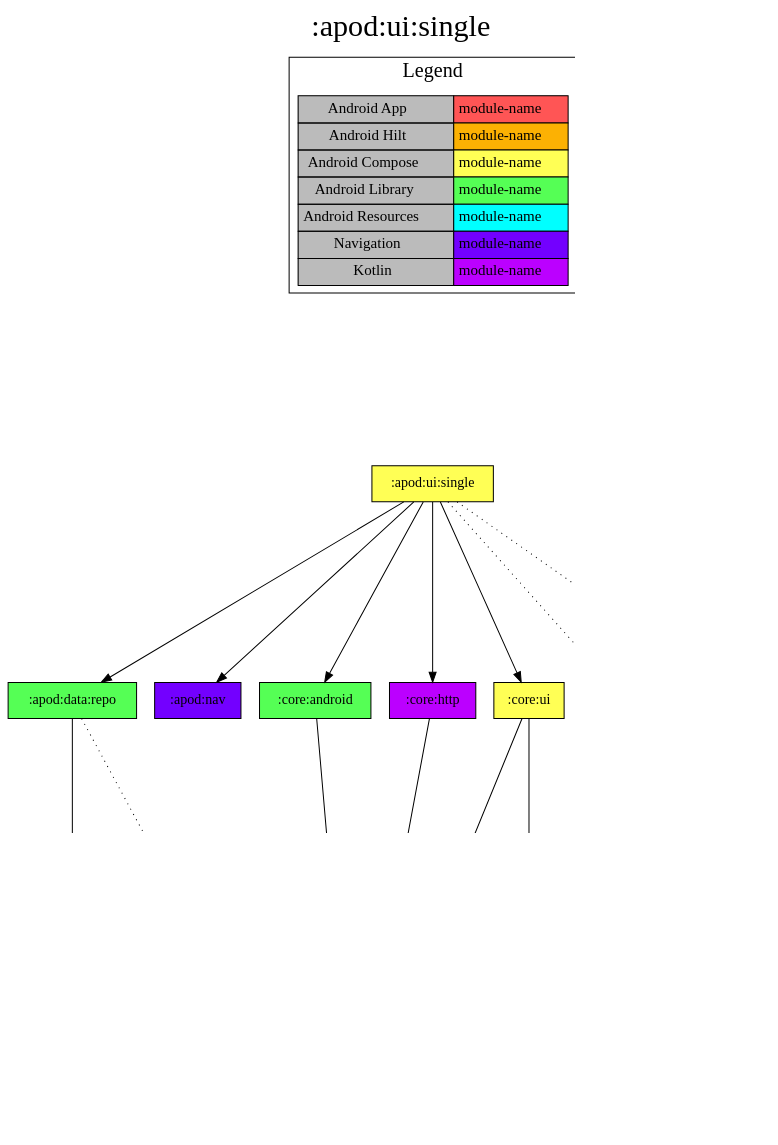
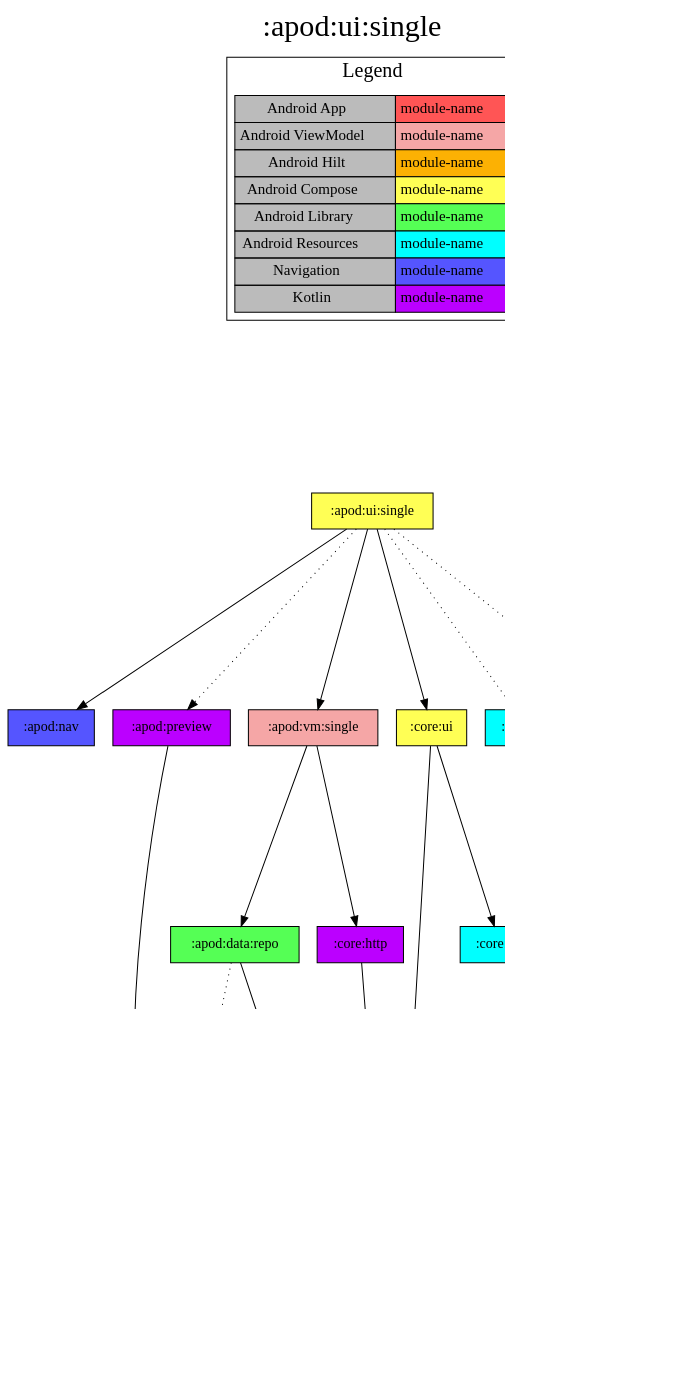
One commit to jonapoul/nasa-android changed the diagram in modules/apod/ui/single/project-dependency-graph.dot. Above: the diagram before and after it, drawn with Graphviz. The commit also changed 262 other files, not shown here.

```diff
--- a/modules/apod/ui/single/project-dependency-graph.dot
+++ b/modules/apod/ui/single/project-dependency-graph.dot
@@ -1,52 +1,55 @@
 digraph {
 edge ["dir"="forward"]
 graph ["dpi"="100","label"=":apod:ui:single","labelloc"="t","fontsize"="30","ranksep"="2.5","rankdir"="TB"]
 node ["style"="filled"]
 ":apod:ui:single" ["fillcolor"="#FFFF55","shape"="box"]
+":apod:nav" ["fillcolor"="#5555FF","shape"="box"]
+":apod:vm:single" ["fillcolor"="#F5A6A6","shape"="box"]
 ":apod:data:repo" ["fillcolor"="#55FF55","shape"="box"]
 ":apod:data:api" ["fillcolor"="#BB00FF","shape"="box"]
 ":apod:model" ["fillcolor"="#BB00FF","shape"="box"]
 ":core:model" ["fillcolor"="#BB00FF","shape"="box"]
 ":db:apod" ["fillcolor"="#BB00FF","shape"="box"]
-":apod:nav" ["fillcolor"="#7300FF","shape"="box"]
-":core:android" ["fillcolor"="#55FF55","shape"="box"]
 ":core:http" ["fillcolor"="#BB00FF","shape"="box"]
 ":core:ui" ["fillcolor"="#FFFF55","shape"="box"]
 ":core:res" ["fillcolor"="#00FFFF","shape"="box"]
+":apod:preview" ["fillcolor"="#BB00FF","shape"="box"]
 ":apod:res" ["fillcolor"="#00FFFF","shape"="box"]
-":settings:nav" ["fillcolor"="#7300FF","shape"="box"]
+":settings:nav" ["fillcolor"="#5555FF","shape"="box"]
 {
 edge ["dir"="none"]
 graph ["rank"="same"]
 }
-":apod:ui:single" -> ":apod:data:repo"
 ":apod:ui:single" -> ":apod:nav"
-":apod:ui:single" -> ":core:android"
-":apod:ui:single" -> ":core:http"
+":apod:ui:single" -> ":apod:vm:single"
 ":apod:ui:single" -> ":core:ui"
+":apod:ui:single" -> ":apod:preview" ["style"="dotted"]
 ":apod:ui:single" -> ":apod:res" ["style"="dotted"]
 ":apod:ui:single" -> ":settings:nav" ["style"="dotted"]
+":apod:vm:single" -> ":apod:data:repo"
+":apod:vm:single" -> ":core:http"
 ":apod:data:repo" -> ":apod:data:api"
 ":apod:data:repo" -> ":db:apod" ["style"="dotted"]
 ":apod:data:api" -> ":apod:model"
 ":apod:data:api" -> ":core:model"
-":core:android" -> ":core:model"
 ":core:http" -> ":core:model"
 ":core:ui" -> ":core:model"
 ":core:ui" -> ":core:res"
+":apod:preview" -> ":apod:model"
 subgraph "cluster_legend" {
 edge ["dir"="none"]
 graph ["label"="Legend","fontsize"="20"]
 "Legend" ["style"="filled","fillcolor"="#bbbbbb","shape"="none","margin"="0","fontsize"="15","label"=<
 <TABLE BORDER="0" CELLBORDER="1" CELLSPACING="0" CELLPADDING="4">
 <TR><TD>Android App</TD><TD BGCOLOR="#FF5555">module-name</TD></TR>
+<TR><TD>Android ViewModel</TD><TD BGCOLOR="#F5A6A6">module-name</TD></TR>
 <TR><TD>Android Hilt</TD><TD BGCOLOR="#FCB103">module-name</TD></TR>
 <TR><TD>Android Compose</TD><TD BGCOLOR="#FFFF55">module-name</TD></TR>
 <TR><TD>Android Library</TD><TD BGCOLOR="#55FF55">module-name</TD></TR>
 <TR><TD>Android Resources</TD><TD BGCOLOR="#00FFFF">module-name</TD></TR>
-<TR><TD>Navigation</TD><TD BGCOLOR="#7300FF">module-name</TD></TR>
+<TR><TD>Navigation</TD><TD BGCOLOR="#5555FF">module-name</TD></TR>
 <TR><TD>Kotlin</TD><TD BGCOLOR="#BB00FF">module-name</TD></TR>
 </TABLE>
 >]
 } -> ":apod:ui:single" ["style"="invis"]
 }
```
